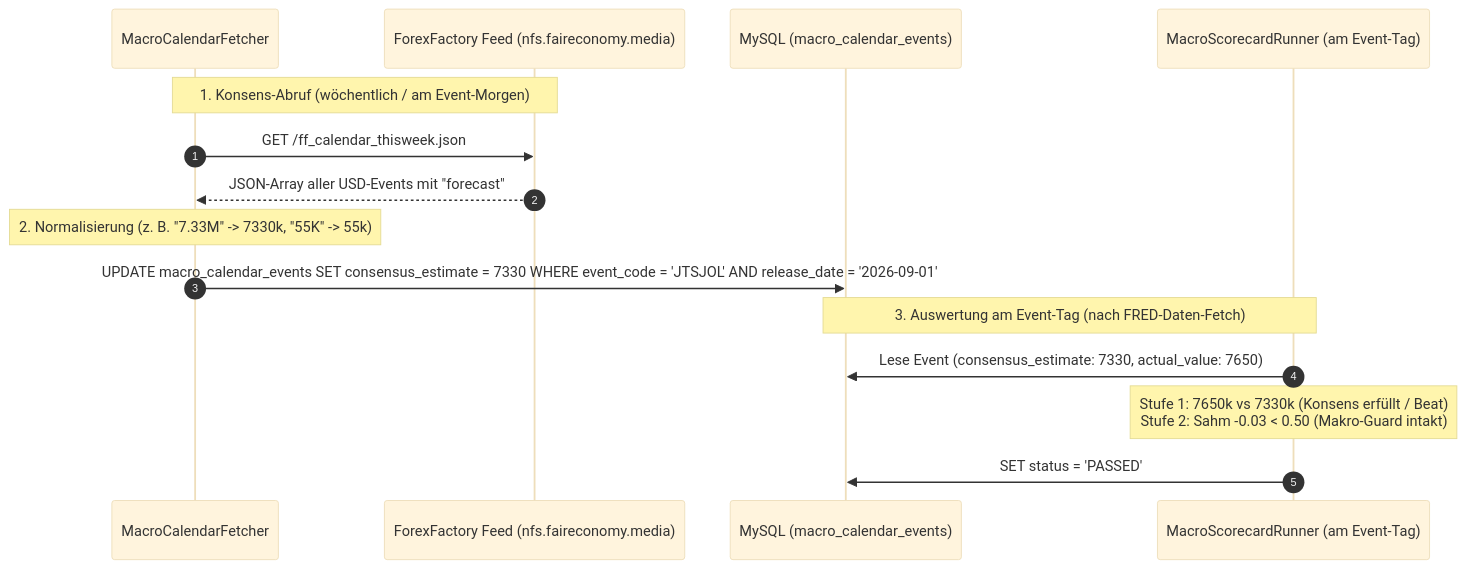
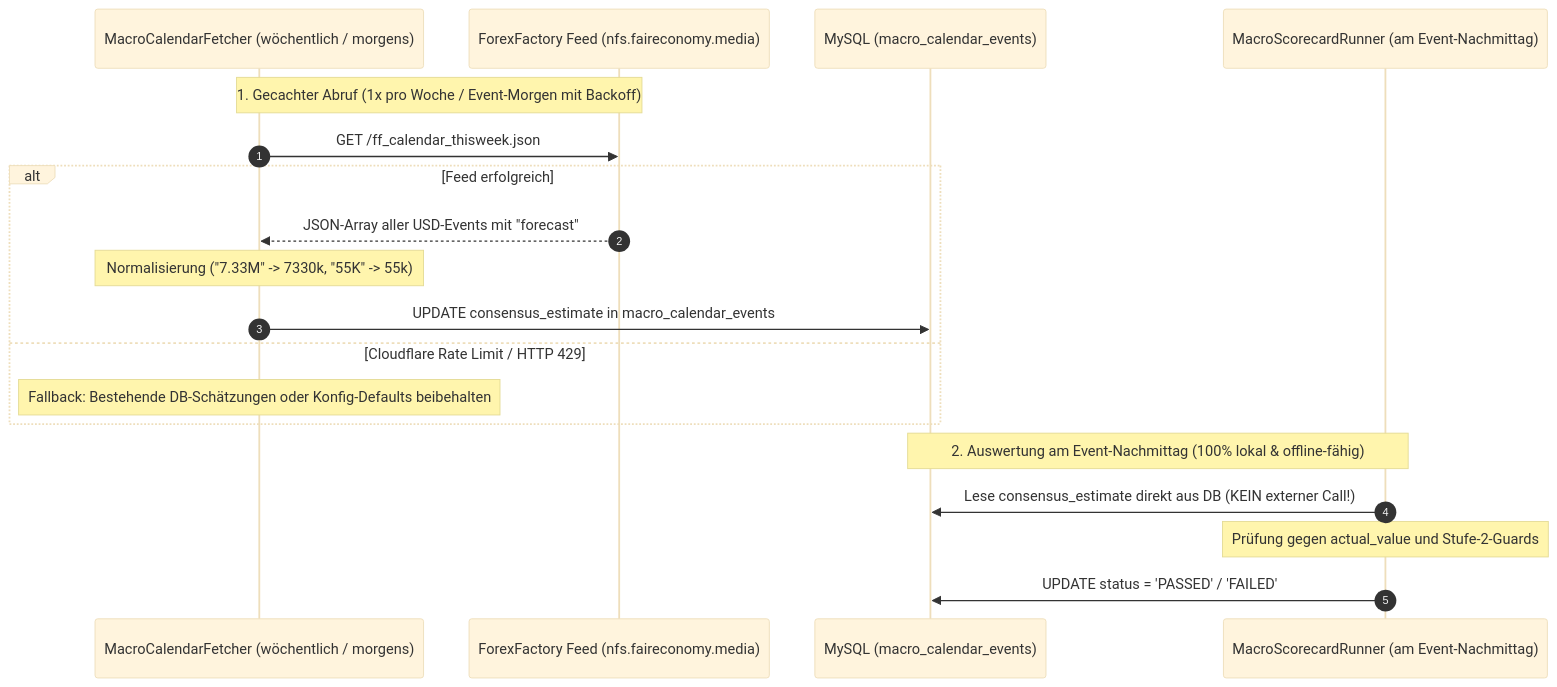
Before and after one commit to jahnhane1980/CrashRadar: the second of 6 diagrams in docs/architecture/macro/Makro-Kalender-Szenarien-Konzept.md, drawn with Mermaid (base theme). The commit also changed other lines of this file and 4 other files, not shown here.

````diff
--- a/docs/architecture/macro/Makro-Kalender-Szenarien-Konzept.md
+++ b/docs/architecture/macro/Makro-Kalender-Szenarien-Konzept.md
@@ -120,20 +120,23 @@
 ```mermaid
 sequenceDiagram
     autonumber
-    participant CalFetcher as MacroCalendarFetcher
+    participant CalFetcher as MacroCalendarFetcher (wöchentlich / morgens)
     participant FF as ForexFactory Feed (nfs.faireconomy.media)
     participant DB as MySQL (macro_calendar_events)
-    participant Runner as MacroScorecardRunner (am Event-Tag)
+    participant Runner as MacroScorecardRunner (am Event-Nachmittag)
 
-    Note over CalFetcher,FF: 1. Konsens-Abruf (wöchentlich / am Event-Morgen)
+    Note over CalFetcher,FF: 1. Gecachter Abruf (1x pro Woche / Event-Morgen mit Backoff)
     CalFetcher->>FF: GET /ff_calendar_thisweek.json
-    FF-->>CalFetcher: JSON-Array aller USD-Events mit "forecast"
-    
-    Note over CalFetcher: 2. Normalisierung (z. B. "7.33M" -> 7330k, "55K" -> 55k)
-    CalFetcher->>DB: UPDATE macro_calendar_events SET consensus_estimate = 7330 WHERE event_code = 'JTSJOL' AND release_date = '2026-09-01'
+    alt Feed erfolgreich
+        FF-->>CalFetcher: JSON-Array aller USD-Events mit "forecast"
+        Note over CalFetcher: Normalisierung ("7.33M" -> 7330k, "55K" -> 55k)
+        CalFetcher->>DB: UPDATE consensus_estimate in macro_calendar_events
+    else Cloudflare Rate Limit / HTTP 429
+        Note over CalFetcher: Fallback: Bestehende DB-Schätzungen oder Konfig-Defaults beibehalten
+    end
 
-    Note over Runner,DB: 3. Auswertung am Event-Tag (nach FRED-Daten-Fetch)
-    Runner->>DB: Lese Event (consensus_estimate: 7330, actual_value: 7650)
-    Note over Runner: Stufe 1: 7650k vs 7330k (Konsens erfüllt / Beat)<br>Stufe 2: Sahm -0.03 < 0.50 (Makro-Guard intakt)
-    Runner->>DB: SET status = 'PASSED'
+    Note over Runner,DB: 2. Auswertung am Event-Nachmittag (100% lokal & offline-fähig)
+    Runner->>DB: Lese consensus_estimate direkt aus DB (KEIN externer Call!)
+    Note over Runner: Prüfung gegen actual_value und Stufe-2-Guards
+    Runner->>DB: UPDATE status = 'PASSED' / 'FAILED'
 ```
````
